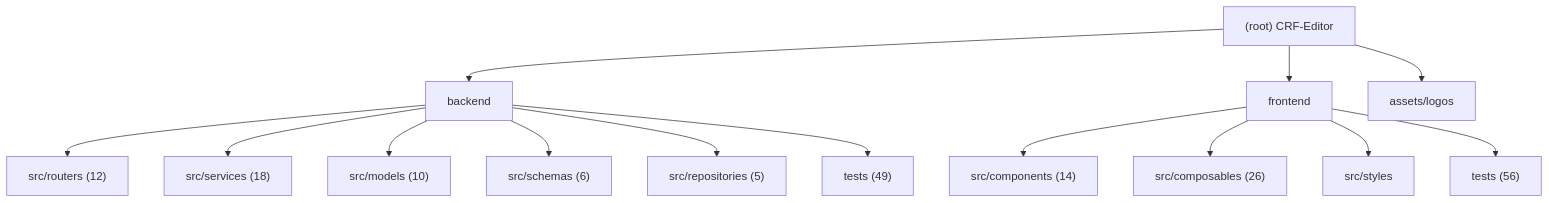
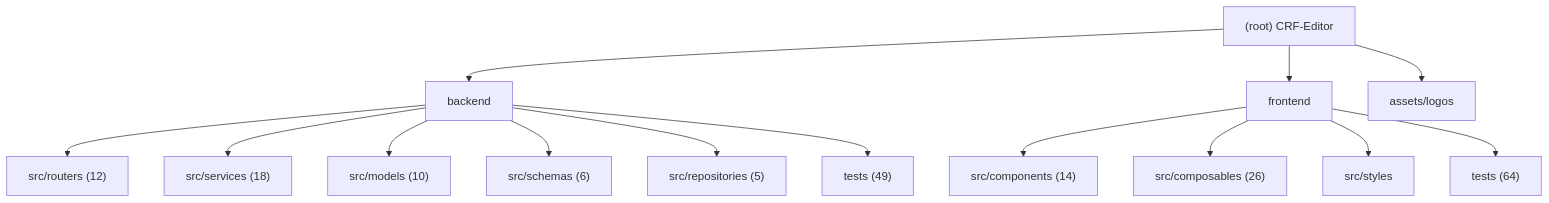
One commit to decade6666/CRF-Editor changed the diagram in .claude/CLAUDE.md. Above: the diagram before and after it, drawn with Mermaid. The commit also changed other lines of this file and 2 other files, not shown here.

Commit message:
docs: sync test inventory (64 files) and change log for ui-consistency-fixes

````diff
--- a/.claude/CLAUDE.md
+++ b/.claude/CLAUDE.md
@@ -15,19 +15,19 @@
 ```mermaid
 graph TD
     A["(root) CRF-Editor"] --> B["backend"];
     B --> B1["src/routers (12)"];
     B --> B2["src/services (18)"];
     B --> B3["src/models (10)"];
     B --> B4["src/schemas (6)"];
     B --> B5["src/repositories (5)"];
     B --> B6["tests (49)"];
     A --> C["frontend"];
     C --> C1["src/components (14)"];
     C --> C2["src/composables (26)"];
     C --> C3["src/styles"];
-    C --> C4["tests (56)"];
+    C --> C4["tests (64)"];
     A --> D["assets/logos"];
 
     click B "./backend/.claude/CLAUDE.md" "View backend module docs"
     click C "./frontend/.claude/CLAUDE.md" "View frontend module docs"
 ```
````
